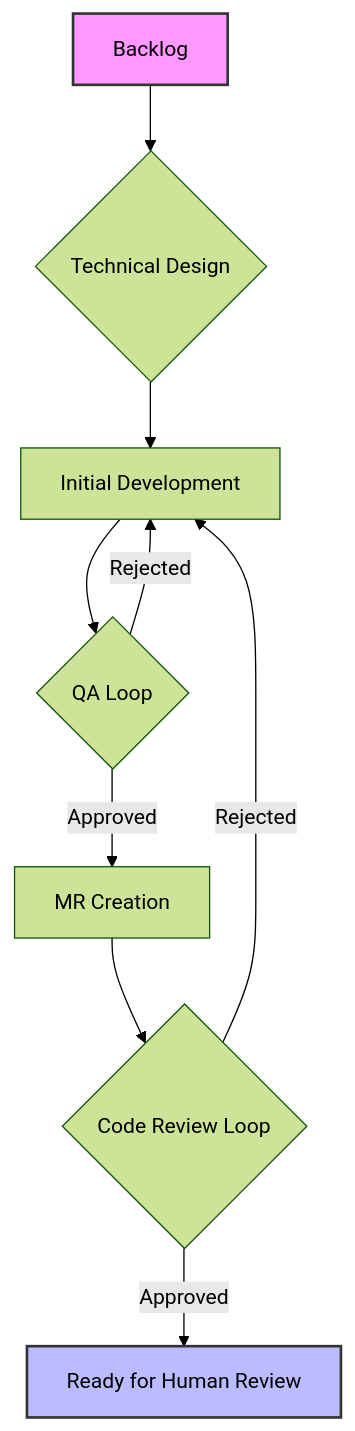
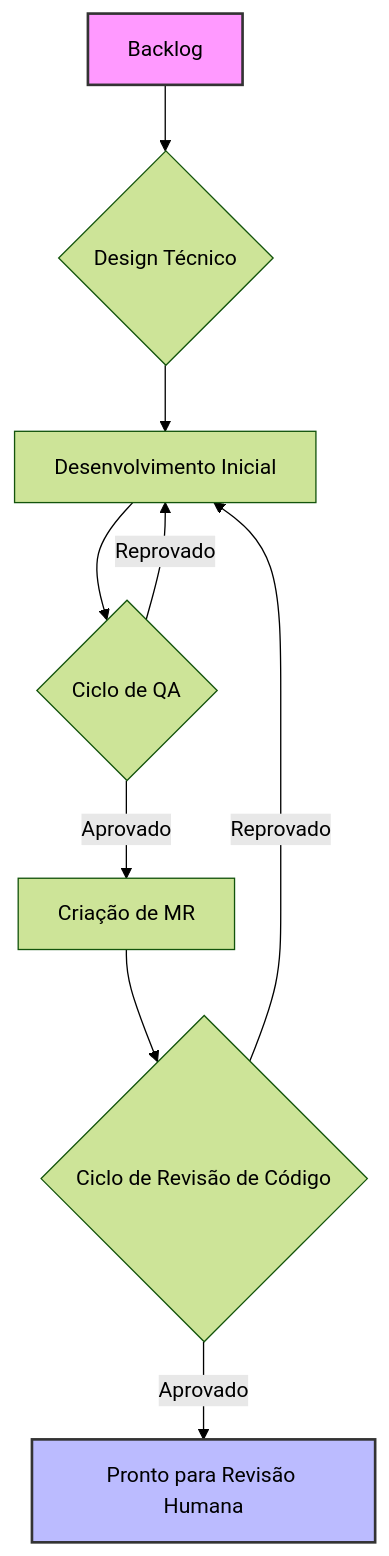
One commit to brain-model/sde-workspace changed the first of 2 diagrams in README.md. Above: the diagram before and after it, drawn with Mermaid (forest theme). The commit also changed other lines of this file, not shown here.

Commit message:
docs(copilot-ptbr): traduzir README da pasta .sde_workspace para PT-BR e padronizar formatação

````diff
--- a/README.md
+++ b/README.md
@@ -75,14 +75,14 @@
 ```mermaid
 graph TD
-    A[Backlog] --> B{Technical Design};
-    B --> C[Initial Development];
-    C --> D{QA Loop};
-    D -- Approved --> E[MR Creation];
-    D -- Rejected --> C;
-    E --> F{Code Review Loop};
-    F -- Approved --> G[Ready for Human Review];
-    F -- Rejected --> C;
+    A[Backlog] --> B{Design Técnico};
+    B --> C[Desenvolvimento Inicial];
+    C --> D{Ciclo de QA};
+    D -- Aprovado --> E[Criação de MR];
+    D -- Reprovado --> C;
+    E --> F{Ciclo de Revisão de Código};
+    F -- Aprovado --> G[Pronto para Revisão Humana];
+    F -- Reprovado --> C;
 
     style A fill:#f9f,stroke:#333,stroke-width:2px
     style G fill:#bbf,stroke:#333,stroke-width:2px
 ```
````
